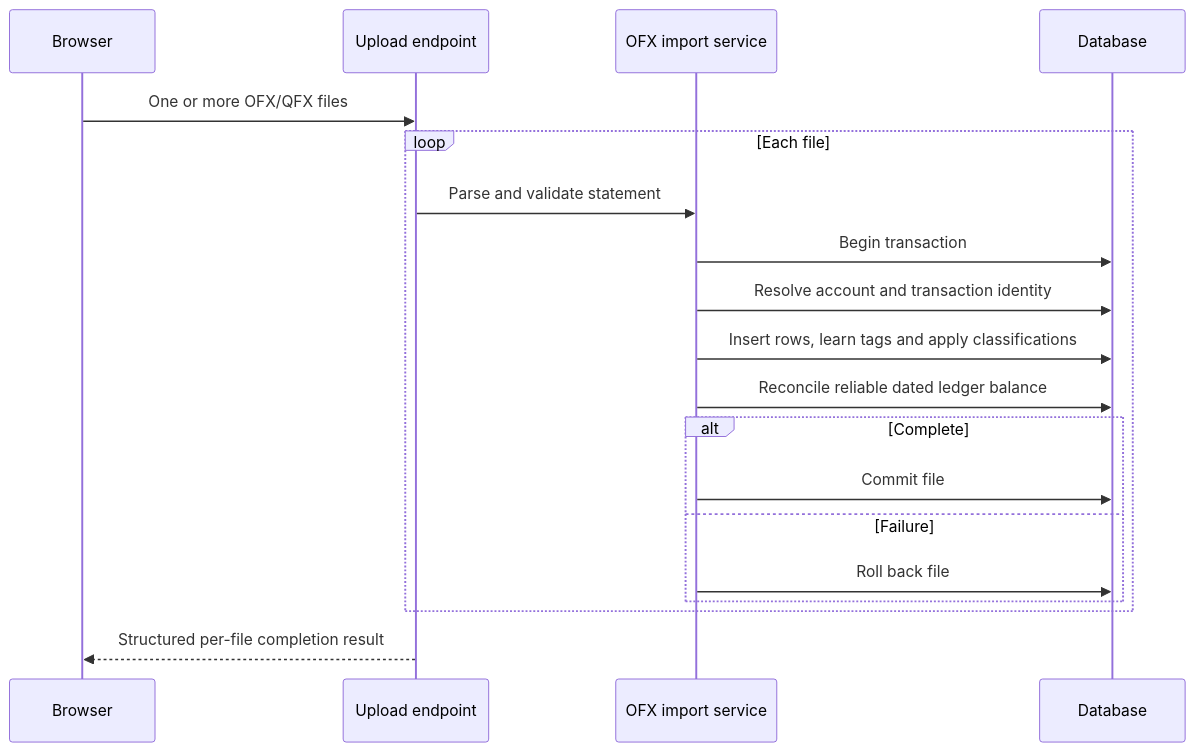
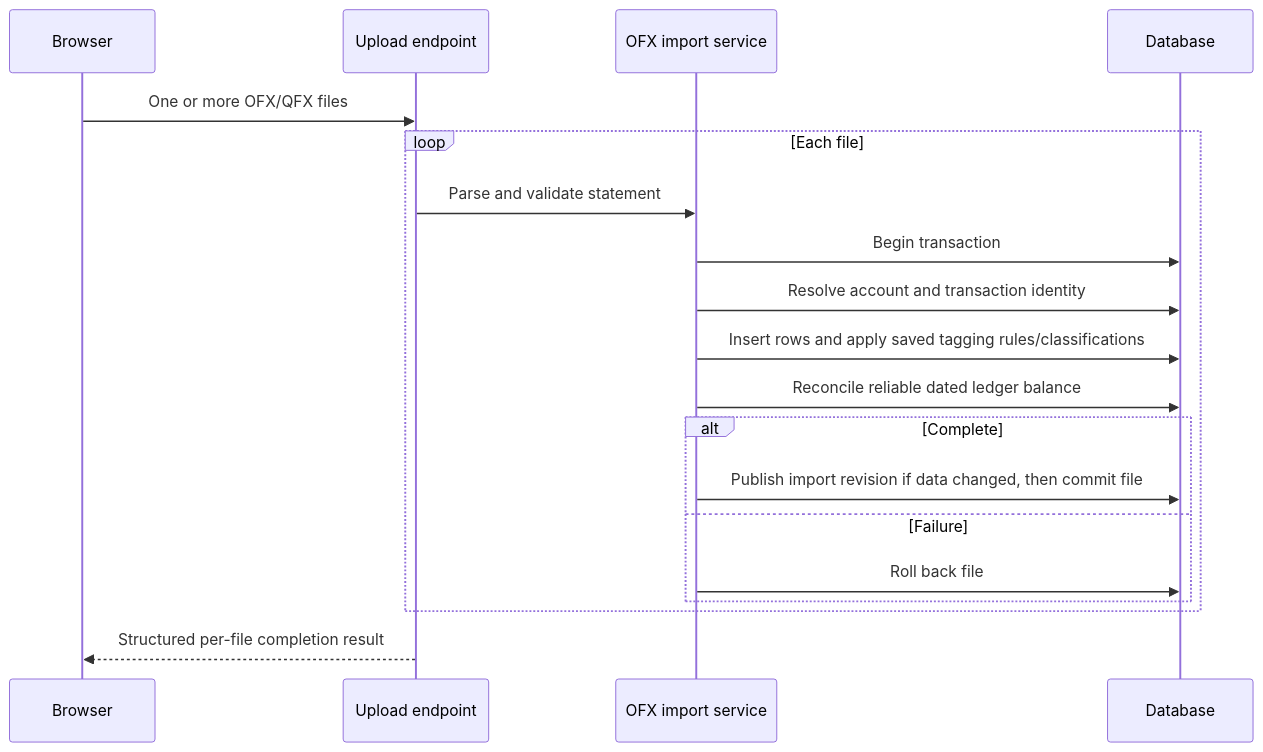
One commit to smeird/Accounts changed the third of 3 diagrams in wiki/Architecture.md. Above: the diagram before and after it, drawn with Mermaid. The commit also changed other lines of this file and 16 other files, not shown here.

````diff
--- a/wiki/Architecture.md
+++ b/wiki/Architecture.md
@@ -62,22 +62,22 @@
 ```mermaid
 sequenceDiagram
     participant B as Browser
     participant U as Upload endpoint
     participant I as OFX import service
     participant D as Database
 
     B->>U: One or more OFX/QFX files
     loop Each file
         U->>I: Parse and validate statement
         I->>D: Begin transaction
         I->>D: Resolve account and transaction identity
-        I->>D: Insert rows, learn tags and apply classifications
+        I->>D: Insert rows and apply saved tagging rules/classifications
         I->>D: Reconcile reliable dated ledger balance
         alt Complete
-            I->>D: Commit file
+            I->>D: Publish import revision if data changed, then commit file
         else Failure
             I->>D: Roll back file
         end
     end
     U-->>B: Structured per-file completion result
 ```
````
